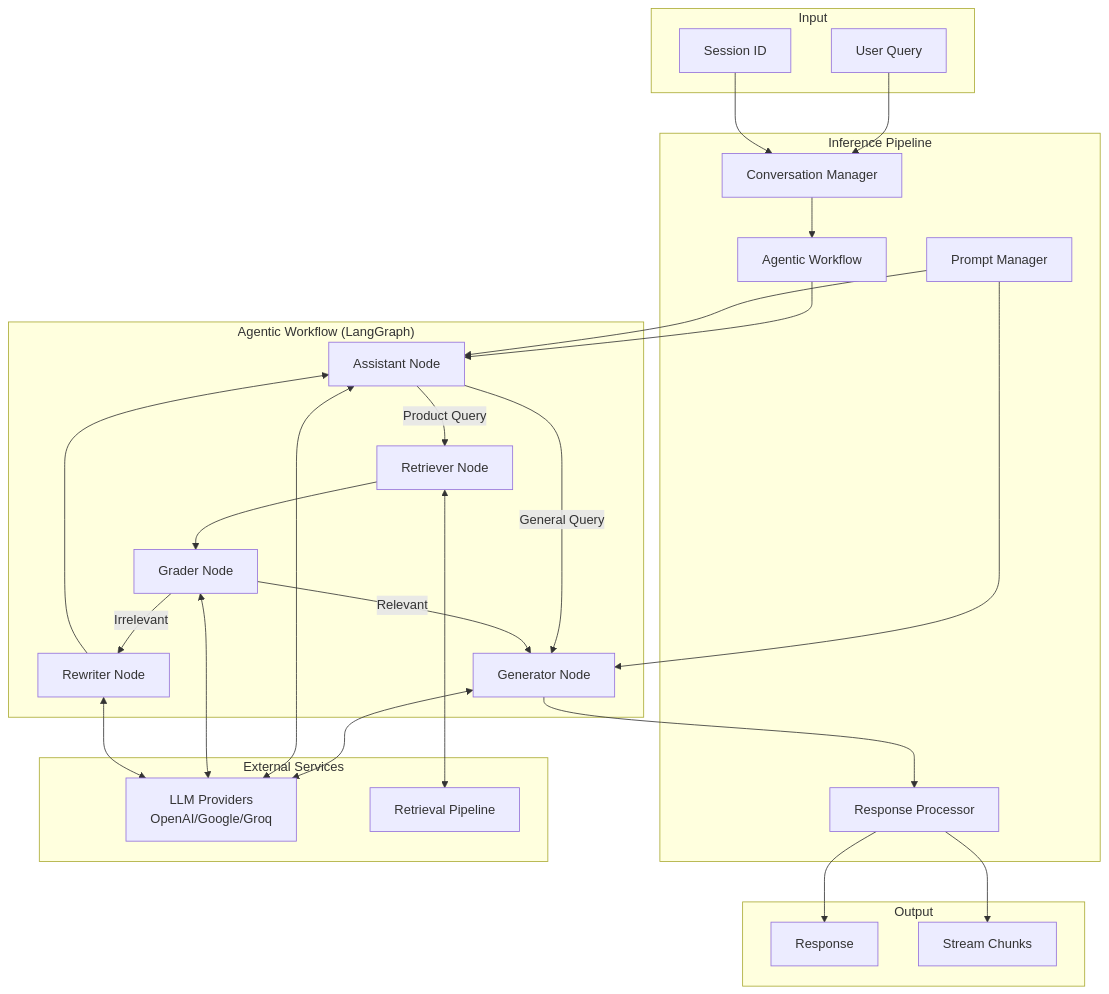
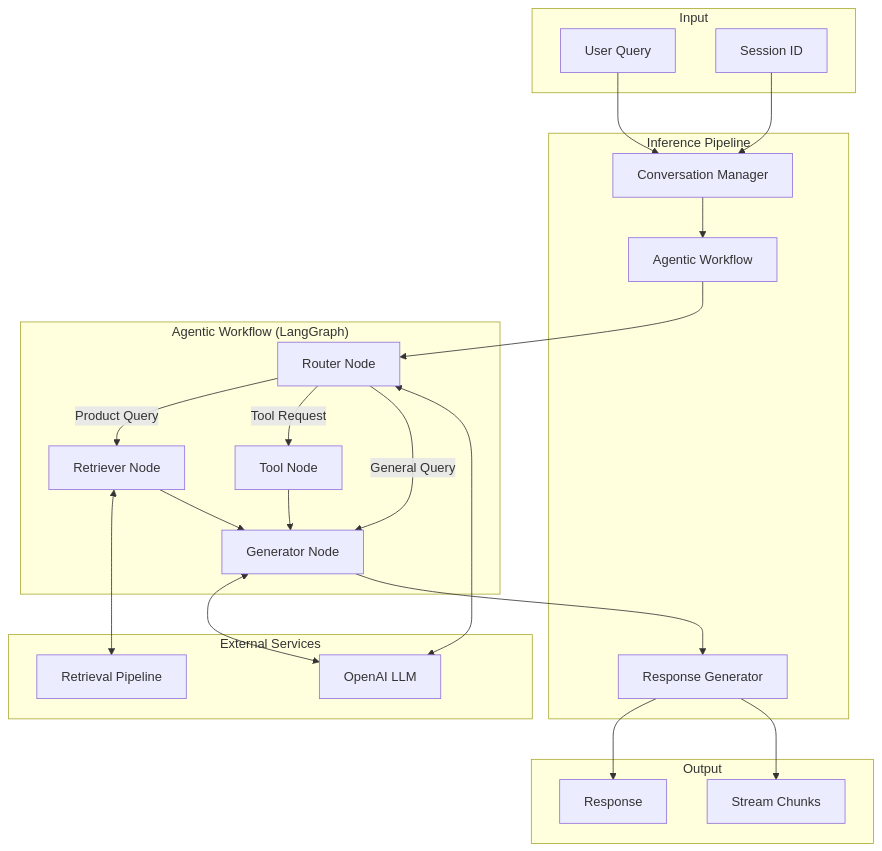
Before and after one commit to adityachaudhari24/conversational_agent_ecommerce: the diagram in .kiro/specs/data-inference-pipeline/design.md, drawn with Mermaid. The commit also changed other lines of this file and 2 other files, not shown here.

````diff
--- a/.kiro/specs/data-inference-pipeline/design.md
+++ b/.kiro/specs/data-inference-pipeline/design.md
@@ -15,53 +15,46 @@
 ```mermaid
 flowchart TB
     subgraph Input
         UQ[User Query]
         SID[Session ID]
     end
     
     subgraph Pipeline["Inference Pipeline"]
         CM[Conversation Manager]
-        PM[Prompt Manager]
         AW[Agentic Workflow]
-        RP[Response Processor]
+        RG[Response Generator]
     end
     
     subgraph AgenticWorkflow["Agentic Workflow (LangGraph)"]
-        AST[Assistant Node]
+        RT[Router Node]
         RET[Retriever Node]
-        GRD[Grader Node]
+        TL[Tool Node]
         GEN[Generator Node]
-        REW[Rewriter Node]
     end
     
     subgraph External["External Services"]
-        LLM[LLM Providers<br/>OpenAI/Google/Groq]
+        LLM[OpenAI LLM]
         RETR[Retrieval Pipeline]
     end
     
     subgraph Output
         RES[Response]
         STREAM[Stream Chunks]
     end
     
     UQ --> CM
     SID --> CM
     CM --> AW
-    AW --> AST
-    AST -->|Product Query| RET
-    AST -->|General Query| GEN
+    AW --> RT
+    RT -->|Product Query| RET
+    RT -->|Tool Request| TL
+    RT -->|General Query| GEN
     RET <--> RETR
-    RET --> GRD
-    GRD -->|Relevant| GEN
-    GRD -->|Irrelevant| REW
-    REW --> AST
-    GEN --> RP
-    PM --> AST
-    PM --> GEN
+    RET --> GEN
+    TL --> GEN
     GEN <--> LLM
-    AST <--> LLM
-    GRD <--> LLM
-    REW <--> LLM
-    RP --> RES
-    RP --> STREAM
+    RT <--> LLM
+    GEN --> RG
+    RG --> RES
+    RG --> STREAM
 ```
````
